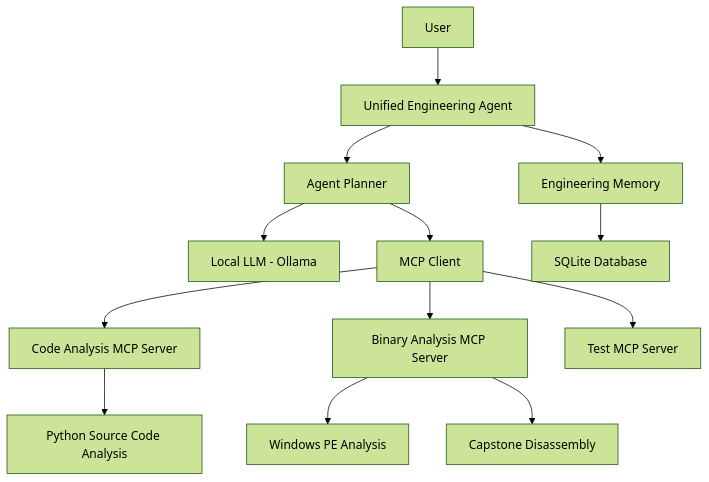
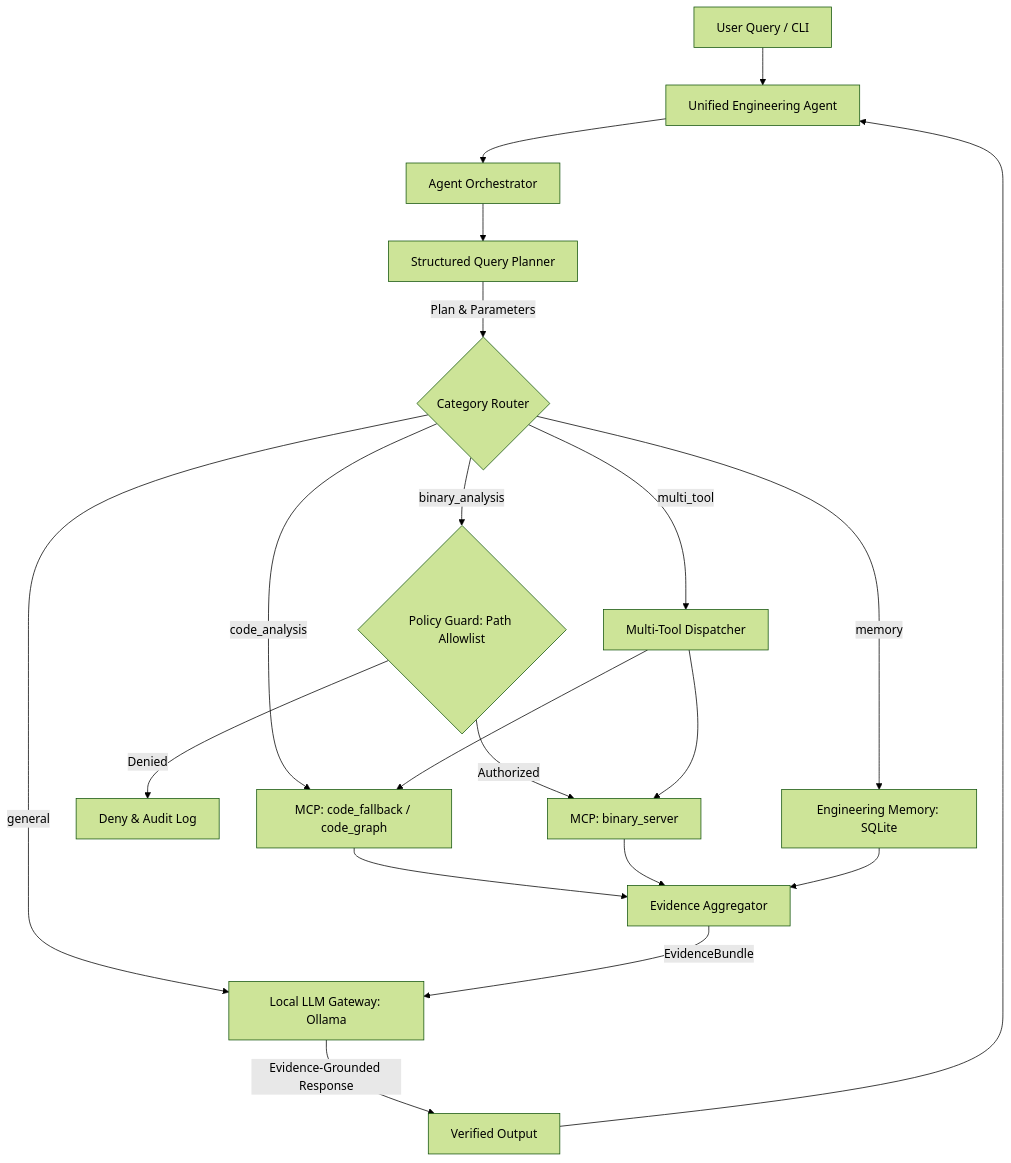
One commit to VidhiSidana/Autonomous-Agentic-for-github-delivery-and-strategic-assessment changed the diagram in README.md. Above: the diagram before and after it, drawn with Mermaid (forest theme). The commit also changed other lines of this file and 26 other files, not shown here.

First line of the commit message:
feat(prism): implement Milestone 1 unified engineering agent architecture

````diff
--- a/README.md
+++ b/README.md
@@ -41,19 +20,26 @@
 ```mermaid
 flowchart TD
-    A[User] --> B[Unified Engineering Agent]
-    B --> C[Agent Planner]
-
-    C --> D[Local LLM - Ollama]
-    C --> E[MCP Client]
-
-    E --> F[Code Analysis MCP Server]
-    E --> G[Binary Analysis MCP Server]
-    E --> H[Test MCP Server]
-
-    B --> I[Engineering Memory]
-    I --> J[SQLite Database]
-
-    F --> K[Python Source Code Analysis]
-    G --> L[Windows PE Analysis]
-    G --> M[Capstone Disassembly]
+    U[User Query / CLI] --> A[Unified Engineering Agent]
+    A --> ORCH[Agent Orchestrator]
+    ORCH --> P[Structured Query Planner]
+    
+    P -->|Plan & Parameters| ROUTE{Category Router}
+    
+    ROUTE -->|code_analysis| MCP_C[MCP: code_fallback / code_graph]
+    ROUTE -->|binary_analysis| POL{Policy Guard: Path Allowlist}
+    POL -->|Denied| REJ[Deny & Audit Log]
+    POL -->|Authorized| MCP_B[MCP: binary_server]
+    ROUTE -->|memory| MEM[Engineering Memory: SQLite]
+    ROUTE -->|multi_tool| MULTI[Multi-Tool Dispatcher]
+    MULTI --> MCP_C
+    MULTI --> MCP_B
+    ROUTE -->|general| LLM[Local LLM Gateway: Ollama]
+    
+    MCP_C --> EV[Evidence Aggregator]
+    MCP_B --> EV
+    MEM --> EV
+    
+    EV -->|EvidenceBundle| LLM
+    LLM -->|Evidence-Grounded Response| RES[Verified Output]
+    RES --> A
 ```
````
